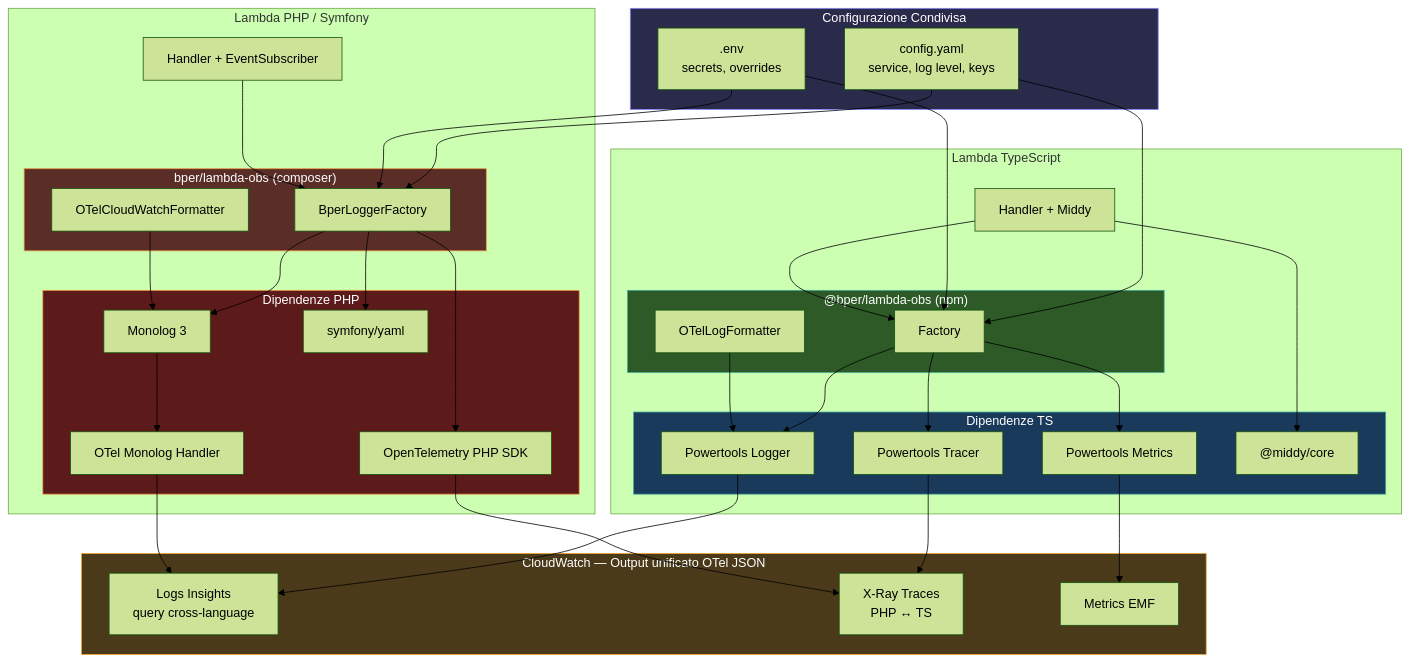
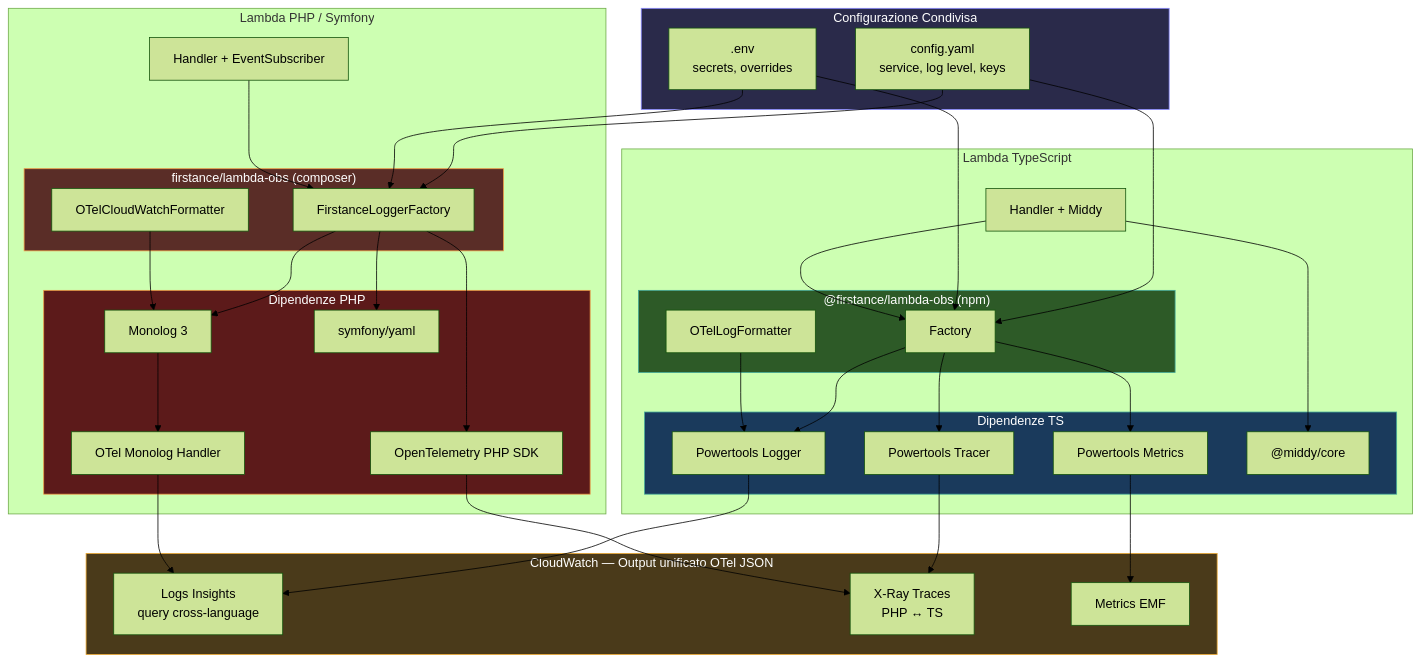
One commit to FA-MCostantini/poc-logger changed the diagram in architecture.mermaid. Above: the diagram before and after it, drawn with Mermaid (forest theme). The commit also changed 56 other files, not shown here.

Commit message:
bper -> firstance

```diff
--- a/architecture.mermaid
+++ b/architecture.mermaid
@@ -1,67 +1,67 @@
 graph TB
     subgraph CONFIG["Configurazione Condivisa"]
         YAML["config.yaml<br/>service, log level, keys"]
         ENV[".env<br/>secrets, overrides"]
     end
 
     subgraph TS_LAMBDA["Lambda TypeScript"]
         TS_H[Handler + Middy]
-        subgraph TS_PKG["@bper/lambda-obs (npm)"]
+        subgraph TS_PKG["@firstance/lambda-obs (npm)"]
             TS_F["Factory"]
             TS_FMT["OTelLogFormatter"]
         end
         subgraph TS_DEPS["Dipendenze TS"]
             PT_L["Powertools Logger"]
             PT_T["Powertools Tracer"]
             PT_M["Powertools Metrics"]
             MIDDY["@middy/core"]
         end
     end
 
     subgraph PHP_LAMBDA["Lambda PHP / Symfony"]
         PHP_H[Handler + EventSubscriber]
-        subgraph PHP_PKG["bper/lambda-obs (composer)"]
-            PHP_F["BperLoggerFactory"]
+        subgraph PHP_PKG["firstance/lambda-obs (composer)"]
+            PHP_F["FirstanceLoggerFactory"]
             PHP_FMT["OTelCloudWatchFormatter"]
         end
         subgraph PHP_DEPS["Dipendenze PHP"]
             MONO["Monolog 3"]
             OTEL_MONO["OTel Monolog Handler"]
             OTEL_SDK["OpenTelemetry PHP SDK"]
             SY_YAML["symfony/yaml"]
         end
     end
 
     subgraph AWS["CloudWatch — Output unificato OTel JSON"]
         CW["Logs Insights<br/>query cross-language"]
         XRAY["X-Ray Traces<br/>PHP ↔ TS"]
         EMF["Metrics EMF"]
     end
 
     YAML --> TS_F & PHP_F
     ENV --> TS_F & PHP_F
 
     TS_H --> TS_F
     TS_F --> PT_L & PT_T & PT_M
     TS_FMT --> PT_L
     TS_H --> MIDDY
 
     PHP_H --> PHP_F
     PHP_F --> MONO
     PHP_FMT --> MONO
     MONO --> OTEL_MONO
     PHP_F --> OTEL_SDK
     PHP_F --> SY_YAML
 
     PT_L --> CW
     PT_T --> XRAY
     PT_M --> EMF
     OTEL_MONO --> CW
     OTEL_SDK --> XRAY
 
     style CONFIG fill:#2a2a4a,stroke:#88f,color:#fff
     style TS_PKG fill:#2d5a27,stroke:#4a9,color:#fff
     style PHP_PKG fill:#5a2d27,stroke:#e94,color:#fff
     style AWS fill:#4a3a1a,stroke:#ea3,color:#fff
     style TS_DEPS fill:#1a3a5c,stroke:#4a9,color:#fff
     style PHP_DEPS fill:#5c1a1a,stroke:#e94,color:#fff
```
